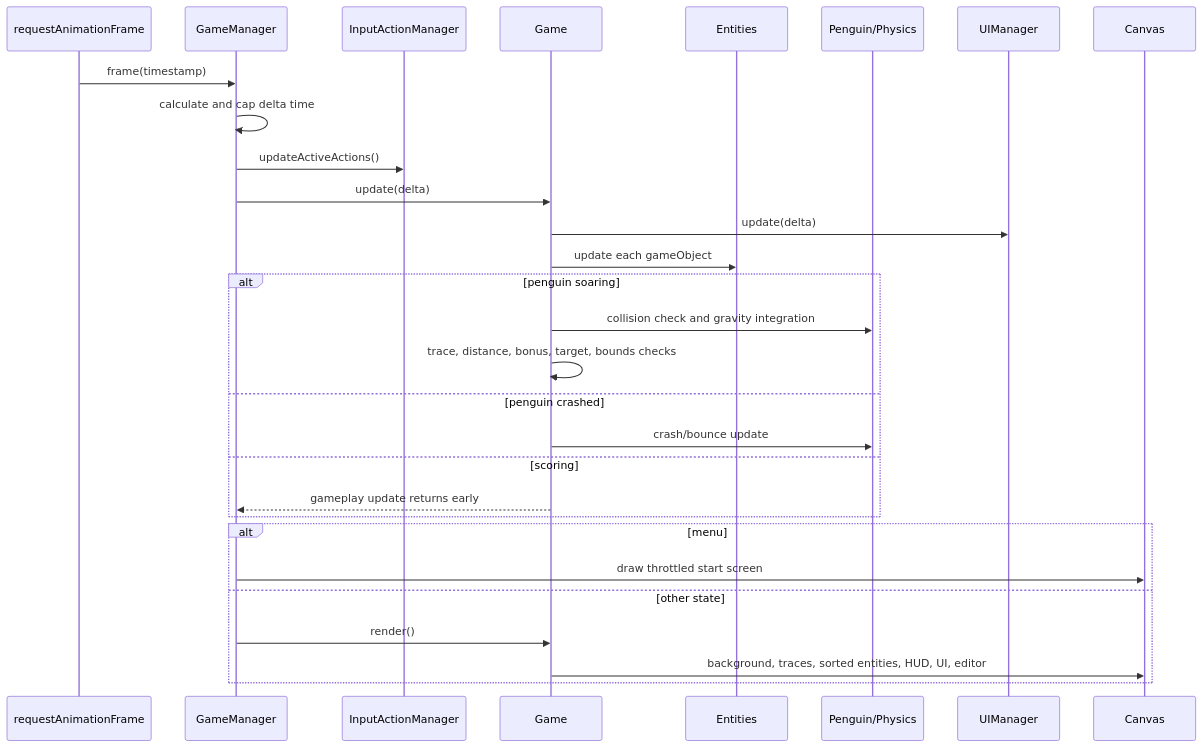
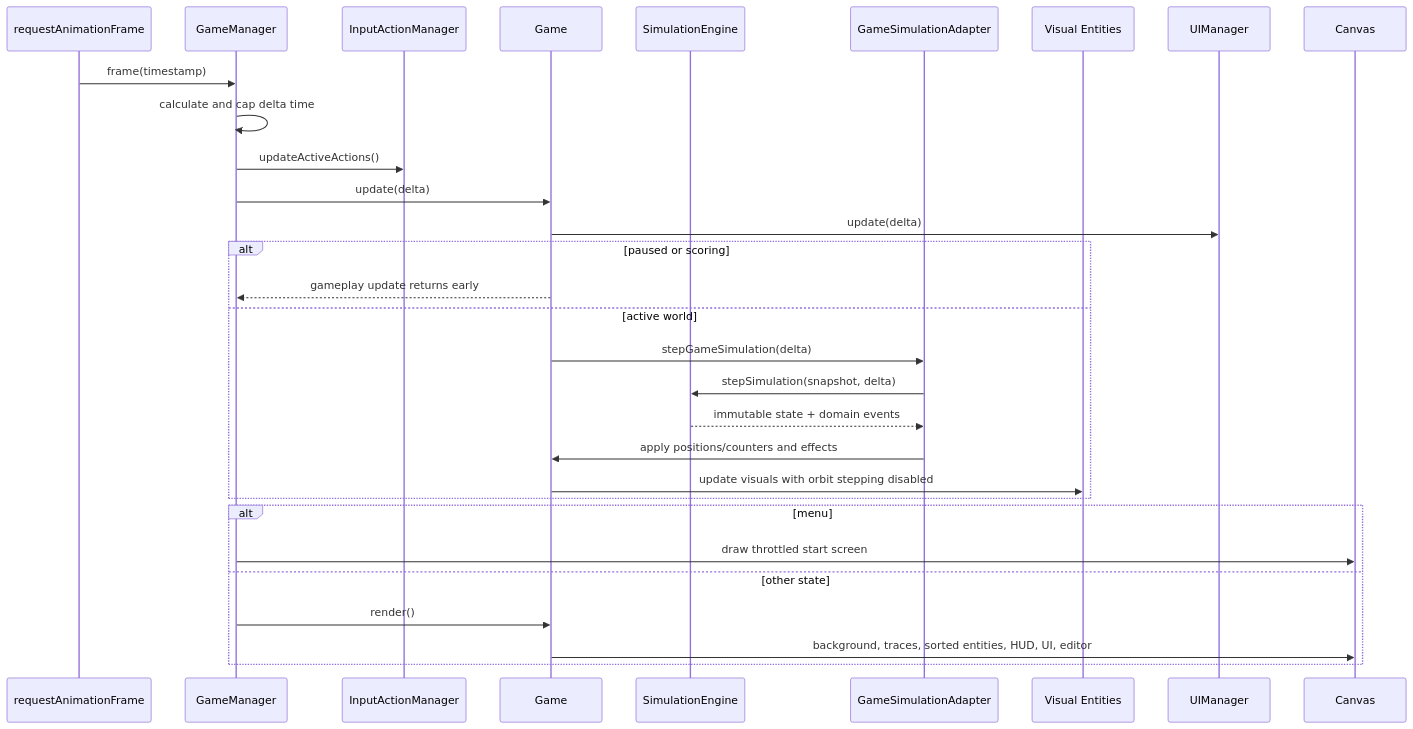
The fifth of 15 diagrams in ARCHITECTURE.md (Newah1/SpacedPenguin), drawn with Mermaid before and after one commit. The commit also changed other lines of this file and 19 other files, not shown here.

````diff
--- a/ARCHITECTURE.md
+++ b/ARCHITECTURE.md
@@ -183,32 +190,33 @@
 ```mermaid
 sequenceDiagram
     participant RAF as requestAnimationFrame
     participant GM as GameManager
     participant IA as InputActionManager
     participant G as Game
-    participant E as Entities
-    participant P as Penguin/Physics
+    participant S as SimulationEngine
+    participant A as GameSimulationAdapter
+    participant E as Visual Entities
     participant UI as UIManager
     participant C as Canvas
 
     RAF->>GM: frame(timestamp)
     GM->>GM: calculate and cap delta time
     GM->>IA: updateActiveActions()
     GM->>G: update(delta)
     G->>UI: update(delta)
-    G->>E: update each gameObject
-    alt penguin soaring
-        G->>P: collision check and gravity integration
-        G->>G: trace, distance, bonus, target, bounds checks
-    else penguin crashed
-        G->>P: crash/bounce update
-    else scoring
+    alt paused or scoring
         G-->>GM: gameplay update returns early
+    else active world
+        G->>A: stepGameSimulation(delta)
+        A->>S: stepSimulation(snapshot, delta)
+        S-->>A: immutable state + domain events
+        A->>G: apply positions/counters and effects
+        G->>E: update visuals with orbit stepping disabled
     end
     alt menu
         GM->>C: draw throttled start screen
     else other state
         GM->>G: render()
         G->>C: background, traces, sorted entities, HUD, UI, editor
     end
 ```
````
